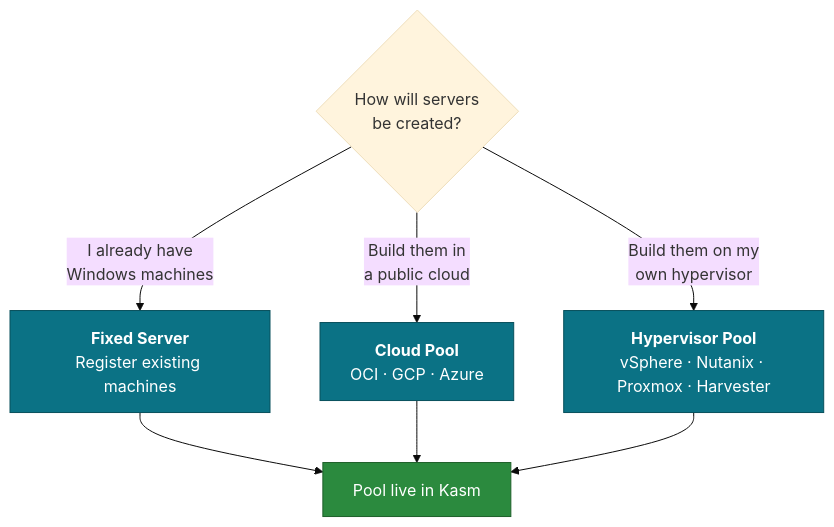
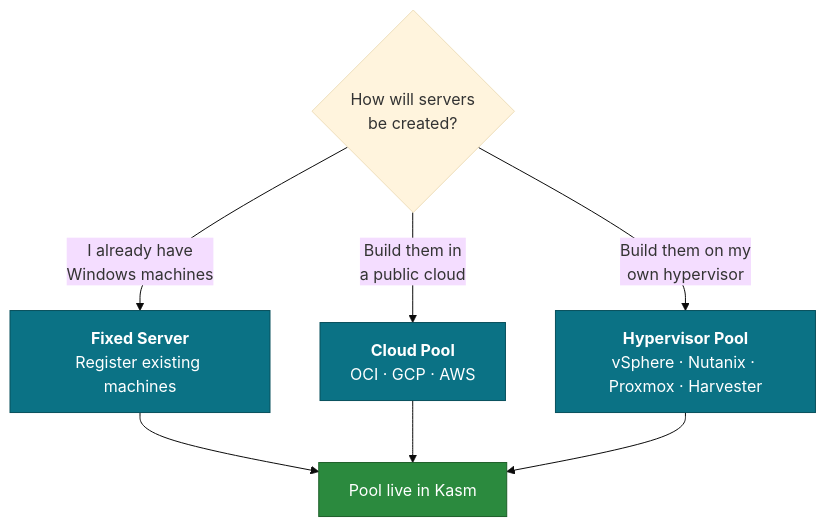
The diagram in docs/quick-start.md (KasmInnovation/Kasm-windows-studio), drawn with Mermaid (base theme) before and after one commit. The commit also changed other lines of this file and 8 other files, not shown here.

````diff
--- a/docs/quick-start.md
+++ b/docs/quick-start.md
@@ -95,16 +95,16 @@
 ```mermaid
 flowchart TD
     Q{"How will servers<br/>be created?"}
     Q -->|"I already have<br/>Windows machines"| A["<b>Fixed Server</b><br/>Register existing machines"]
     Q -->|"Build them on my<br/>own hypervisor"| C["<b>Hypervisor Pool</b><br/>vSphere · Nutanix · Proxmox · Harvester"]
-    Q -->|"Build them in<br/>a public cloud"| B["<b>Cloud Pool</b><br/>OCI · GCP · Azure"]
+    Q -->|"Build them in<br/>a public cloud"| B["<b>Cloud Pool</b><br/>OCI · GCP · AWS"]
 
     A --> R["Pool live in Kasm"]
     B --> R
     C --> R
 
     classDef pick fill:#0b7285,stroke:#08505c,color:#ffffff;
     classDef done fill:#2b8a3e,stroke:#1e602a,color:#ffffff;
     class A,B,C pick;
     class R done;
 ```
````
